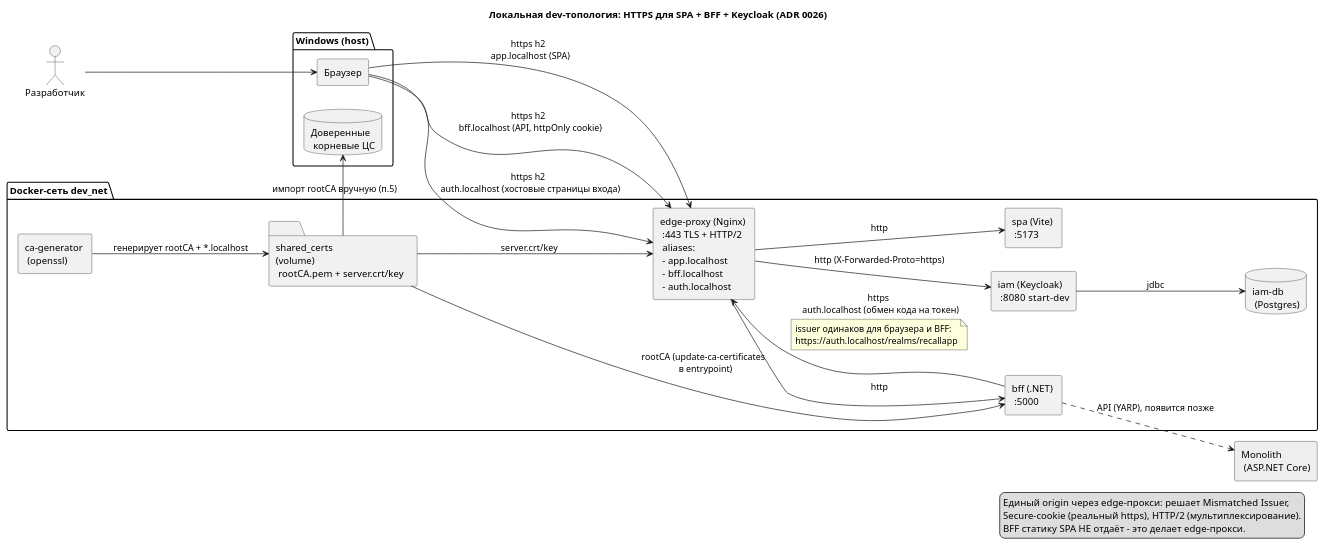
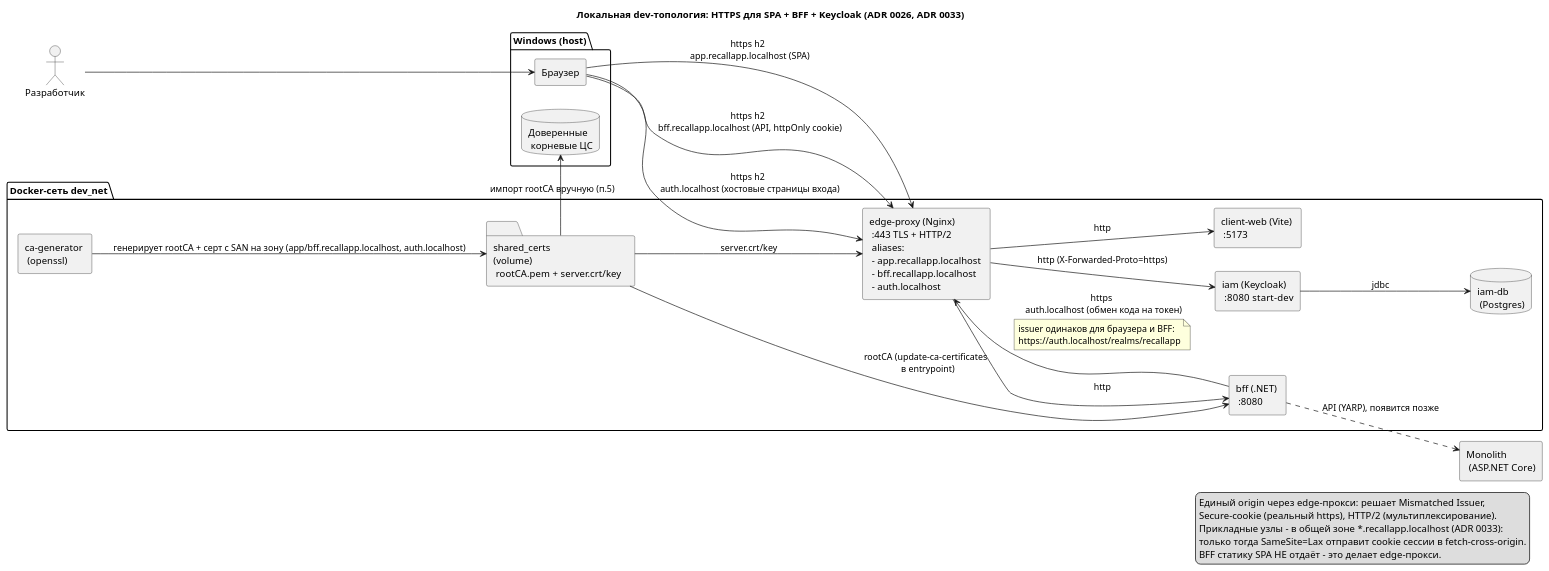
One commit to itacademy-edms-team/24_3_DNDE changed the diagram in RecallApp/docs/diagrams/dev-https - топология.puml. Above: the diagram before and after it, drawn with PlantUML. The commit also changed 5 other files, not shown here.

Commit message:
docs: sync bff api and dev topology with adr 0031-0033

```diff
--- a/RecallApp/docs/diagrams/dev-https - топология.puml
+++ b/RecallApp/docs/diagrams/dev-https - топология.puml
@@ -1,62 +1,64 @@
 @startuml dev-https-топология
-title Локальная dev-топология: HTTPS для SPA + BFF + Keycloak (ADR 0026)
+title Локальная dev-топология: HTTPS для SPA + BFF + Keycloak (ADR 0026, ADR 0033)
 
 skinparam componentStyle rectangle
 skinparam shadowing false
 left to right direction
 
 actor "Разработчик" as dev
 
 package "Windows (host)" {
   component "Браузер" as browser
   database "Доверенные \n корневые ЦС" as winca
 }
 
 package "Docker-сеть dev_net" {
-  component "edge-proxy (Nginx) \n :443 TLS + HTTP/2 \n aliases: \n - app.localhost \n - bff.localhost \n - auth.localhost" as edge
-  component "spa (Vite) \n :5173" as spa
-  component "bff (.NET) \n :5000" as bff
+  component "edge-proxy (Nginx) \n :443 TLS + HTTP/2 \n aliases: \n - app.recallapp.localhost \n - bff.recallapp.localhost \n - auth.localhost" as edge
+  component "client-web (Vite) \n :5173" as spa
+  component "bff (.NET) \n :8080" as bff
   component "iam (Keycloak) \n :8080  start-dev" as iam
   database "iam-db \n (Postgres)" as iamdb
   component "ca-generator \n (openssl)" as ca
   folder "shared_certs\n(volume) \n rootCA.pem + server.crt/key" as certs
 }
 
 dev --> browser
 
 ' front-channel: браузер всегда по https через edge-прокси
-browser --> edge : https h2 \n app.localhost (SPA)
-browser --> edge : https h2 \n bff.localhost (API, httpOnly cookie)
+browser --> edge : https h2 \n app.recallapp.localhost (SPA)
+browser --> edge : https h2 \n bff.recallapp.localhost (API, httpOnly cookie)
 browser --> edge : https h2 \n auth.localhost (хостовые страницы входа)
 
 ' edge терминирует TLS, дальше http внутри сети
 edge --> spa : http
 edge --> bff : http
 edge --> iam : http (X-Forwarded-Proto=https)
 
 ' back-channel: тот же https-адрес auth.localhost (alias заворачивает на edge)
 bff --> edge : https \n auth.localhost (обмен кода на токен)
 note on link
   issuer одинаков для браузера и BFF:
   https://auth.localhost/realms/recallapp
 end note
 
 iam --> iamdb : jdbc
 
 ' доверие и сертификаты
-ca --> certs : генерирует rootCA + *.localhost
+ca --> certs : генерирует rootCA + серт с SAN на зону (app/bff.recallapp.localhost, auth.localhost)
 certs --> edge : server.crt/key
 certs --> bff : rootCA (update-ca-certificates \n в entrypoint)
 certs --> winca : импорт rootCA вручную (п.5)
 
 ' будущее
 component "Monolith \n (ASP.NET Core)" as mono #eeeeee
 bff ..> mono : API (YARP), появится позже
 
 legend right
   Единый origin через edge-прокси: решает Mismatched Issuer,
   Secure-cookie (реальный https), HTTP/2 (мультиплексирование).
+  Прикладные узлы - в общей зоне *.recallapp.localhost (ADR 0033):
+  только тогда SameSite=Lax отправит cookie сессии в fetch-cross-origin.
   BFF статику SPA НЕ отдаёт - это делает edge-прокси.
 endlegend
 
 @enduml
```
